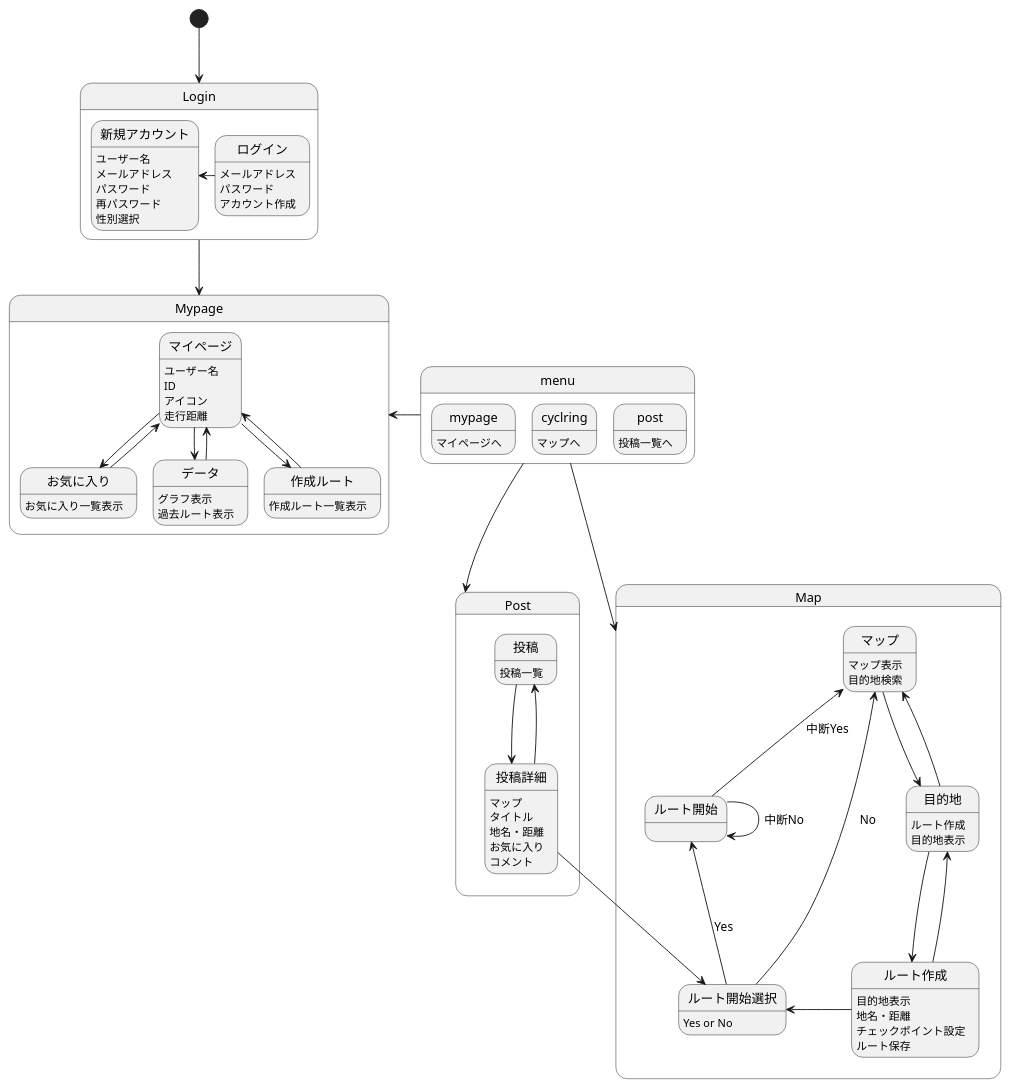
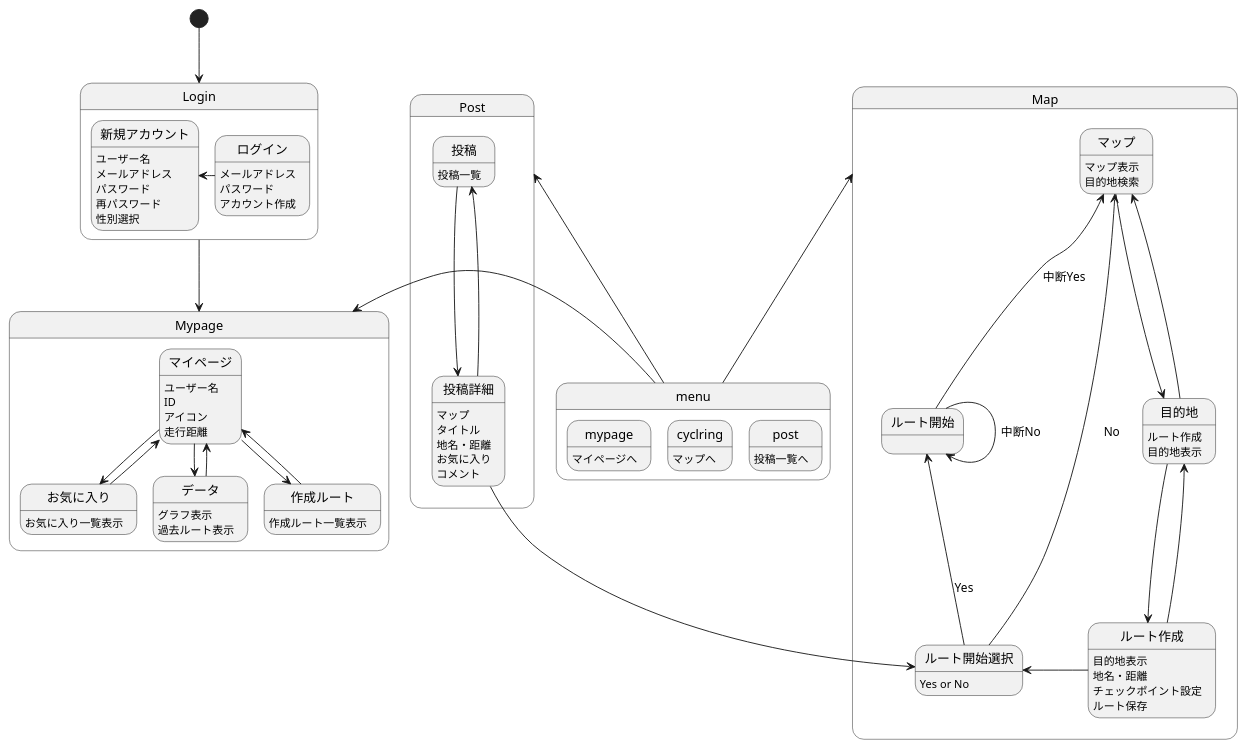
Before and after one commit to AsoSD3A3/CyclingSystem: the diagram in 画面遷移図/gm.md, drawn with PlantUML.

```diff
--- a/画面遷移図/gm.md
+++ b/画面遷移図/gm.md
@@ -8,7 +8,7 @@
 }
 
 menu-left->Mypage
-menu-down->Map
+menu-up->Map
 menu-right->Post
 
 [*]-down->Login
```
